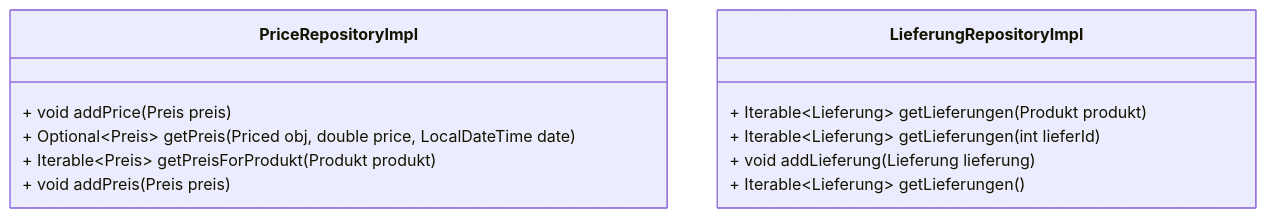
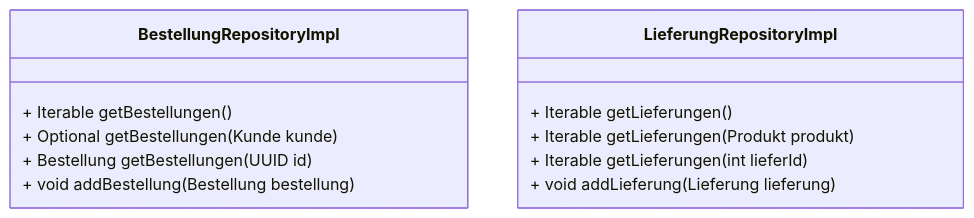
Diagram 13 of 31 in README.md (Gamagu/ase_getraenke), drawn with Mermaid before and after one commit. The commit also changed other lines of this file and 1 other file, not shown here.

````diff
--- a/README.md
+++ b/README.md
@@ -476,17 +488,18 @@
-```mermaid 
-	classDiagram 
-		class PriceRepositoryImpl {
-			+ void addPrice(Preis preis) 
-			+ Optional~Preis~ getPreis(Priced obj, double price, LocalDateTime date) 
-			+ Iterable~Preis~ getPreisForProdukt(Produkt produkt)
-			+ void addPreis(Preis preis) 
-		}
+```mermaid
+classDiagram
 
-		class LieferungRepositoryImpl {
-			+ Iterable~Lieferung~ getLieferungen(Produkt produkt) 
-			+ Iterable~Lieferung~ getLieferungen(int lieferId) 
-			+ void addLieferung(Lieferung lieferung) 
-			+ Iterable~Lieferung~ getLieferungen() 
-		}
-	
+	class BestellungRepositoryImpl {
+		+ Iterable<Bestellung> getBestellungen()
+		+ Optional<Bestellung> getBestellungen(Kunde kunde)
+		+ Bestellung getBestellungen(UUID id)
+		+ void addBestellung(Bestellung bestellung)
+	}
+
+	class LieferungRepositoryImpl {
+		+ Iterable<Lieferung> getLieferungen()
+		+ Iterable<Lieferung> getLieferungen(Produkt produkt)
+		+ Iterable<Lieferung> getLieferungen(int lieferId)
+		+ void addLieferung(Lieferung lieferung)
+	}
+
 ```
````
